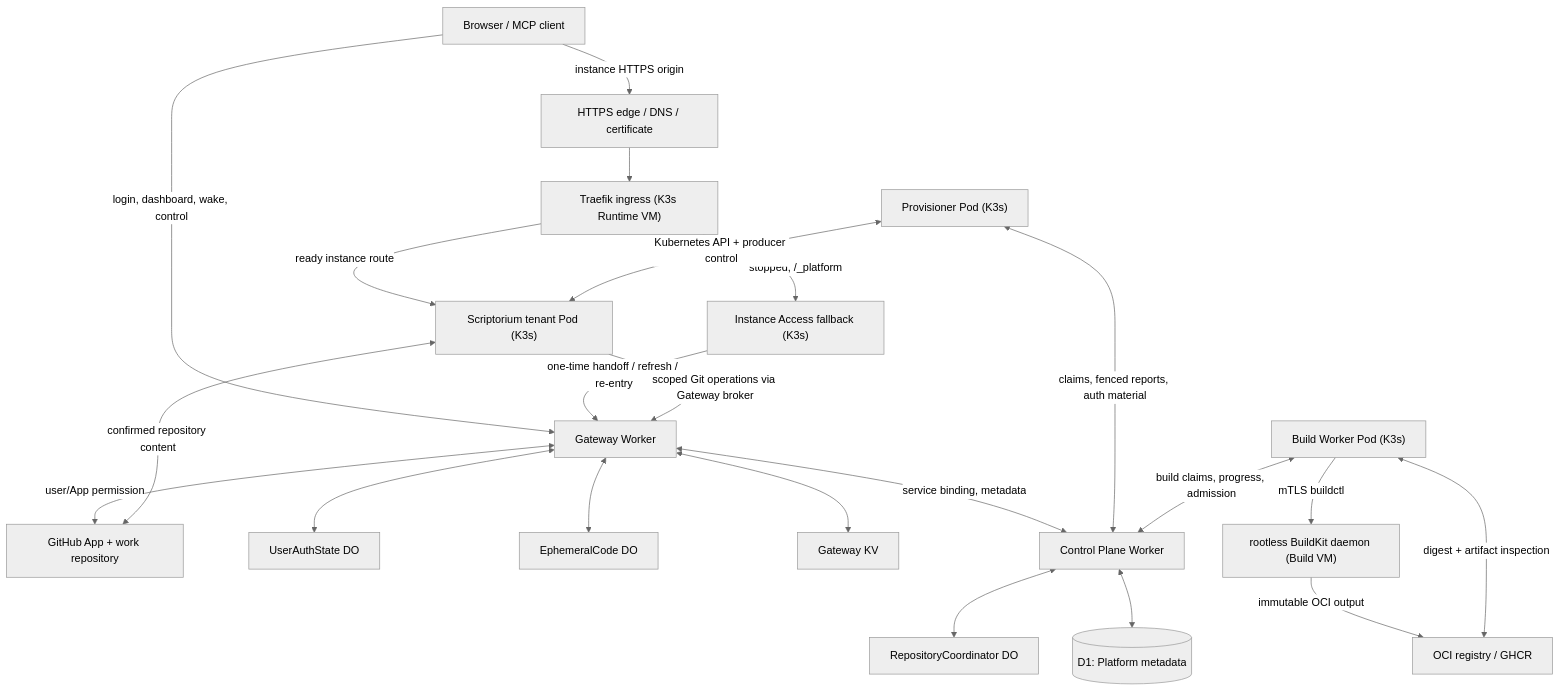
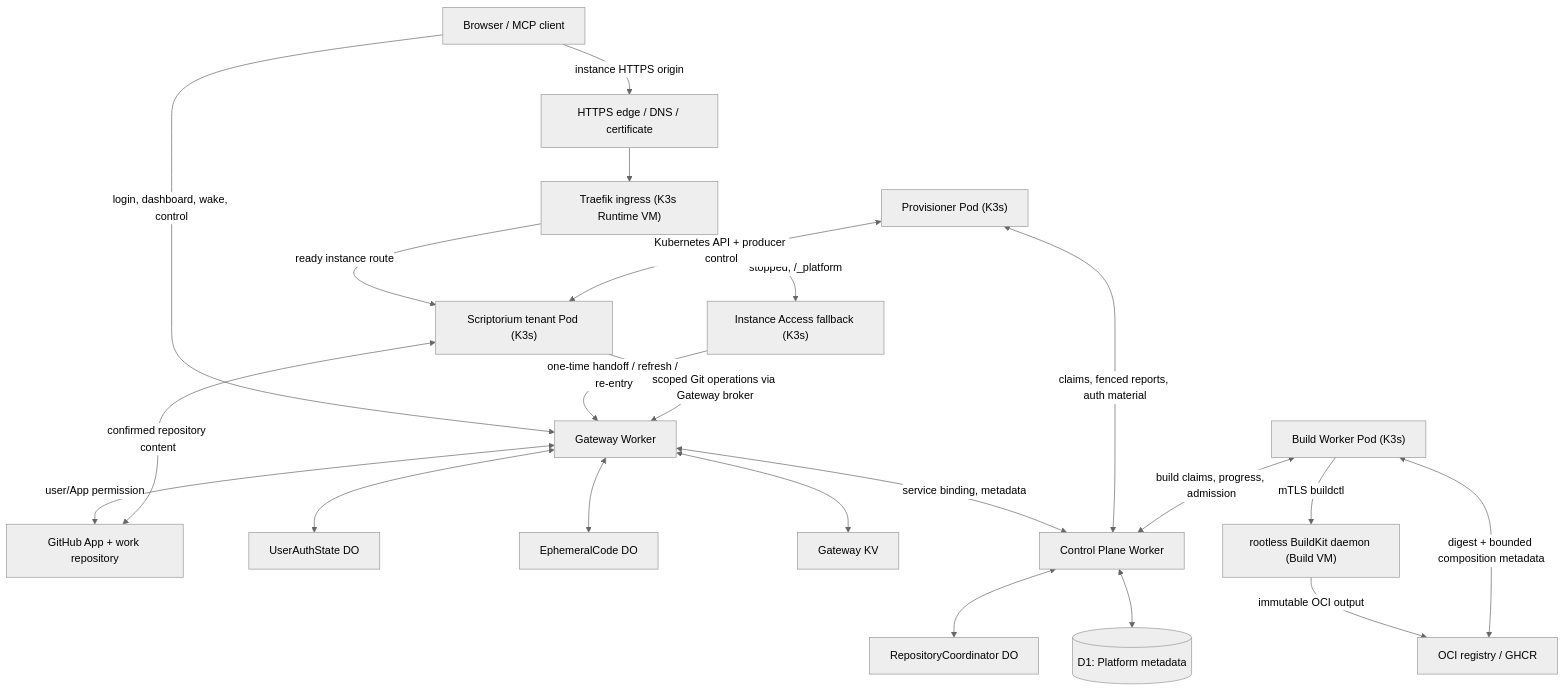
Before and after one commit to yohn-jp/praetorium: the diagram in docs/architecture/SYSTEM.md, drawn with Mermaid (neutral theme).

Commit message:
docs(build): align with owner-approved trusted Builder threat model

````diff
--- a/docs/architecture/SYSTEM.md
+++ b/docs/architecture/SYSTEM.md
@@ -28,41 +28,41 @@
 ```mermaid
 flowchart TB
     U["Browser / MCP client"]
     GH["GitHub App + work repository"]
     GW["Gateway Worker"]
     UA["UserAuthState DO"]
     EP["EphemeralCode DO"]
     KV["Gateway KV"]
     CP["Control Plane Worker"]
     RC["RepositoryCoordinator DO"]
     DB[("D1: Platform metadata")]
     E["HTTPS edge / DNS / certificate"]
     TR["Traefik ingress (K3s Runtime VM)"]
     IA["Instance Access fallback (K3s)"]
     SC["Scriptorium tenant Pod (K3s)"]
     PR["Provisioner Pod (K3s)"]
     BW["Build Worker Pod (K3s)"]
     BK["rootless BuildKit daemon (Build VM)"]
     REG["OCI registry / GHCR"]
 
     U -->|"login, dashboard, wake, control"| GW
     GW <-->|"user/App permission"| GH
     GW <--> UA
     GW <--> EP
     GW <--> KV
     GW <-->|"service binding, metadata"| CP
     CP <--> RC
     CP <--> DB
     U -->|"instance HTTPS origin"| E --> TR
     TR -->|"ready instance route"| SC
     TR -->|"stopped, /_platform"| IA
     IA -->|"one-time handoff / refresh / re-entry"| GW
     PR <-->|"claims, fenced reports, auth material"| CP
     PR <-->|"Kubernetes API + producer control"| SC
     BW <-->|"build claims, progress, admission"| CP
     BW -->|"mTLS buildctl"| BK
     BK -->|"immutable OCI output"| REG
-    BW <-->|"digest + artifact inspection"| REG
+    BW <-->|"digest + bounded composition metadata"| REG
     SC -->|"scoped Git operations via Gateway broker"| GW
     SC <-->|"confirmed repository content"| GH
 ```
````
